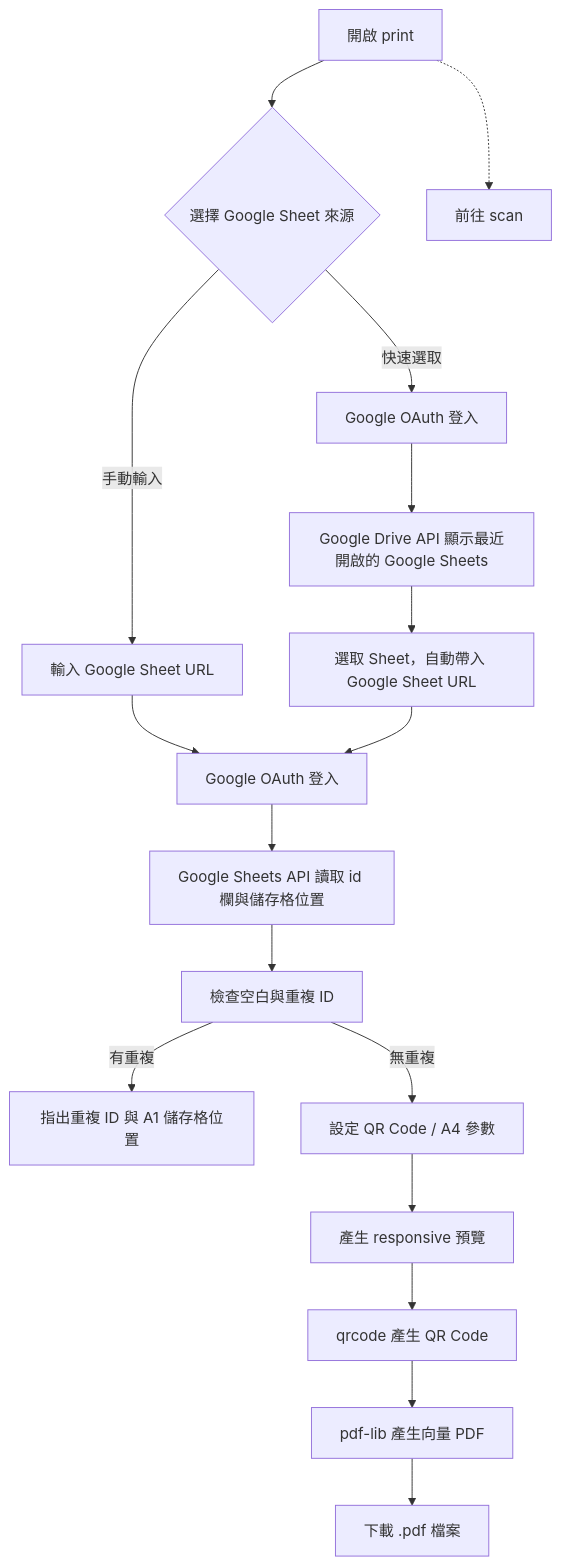
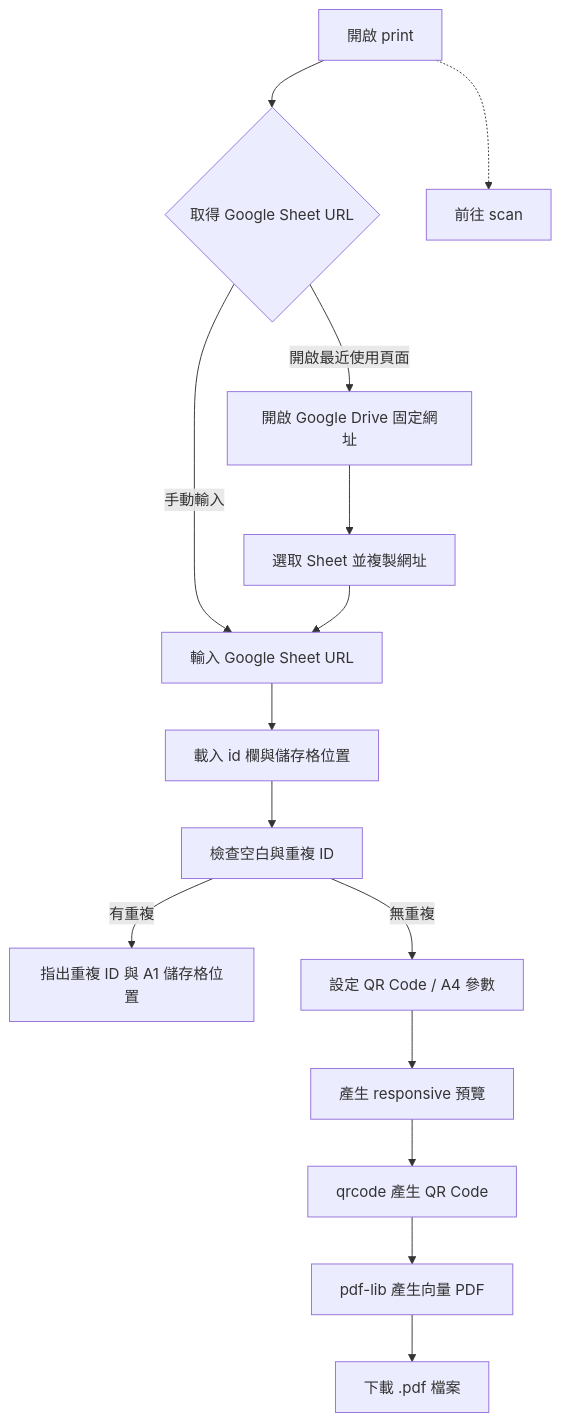
One commit to pulipulichen/Mobile-Inventory-Scanner changed the diagram in print/README.md. Above: the diagram before and after it, drawn with Mermaid. The commit also changed other lines of this file and 9 other files, not shown here.

````diff
--- a/print/README.md
+++ b/print/README.md
@@ -56,19 +53,17 @@
 ```mermaid
 flowchart TB
-    A["開啟 print"] --> B{"選擇 Google Sheet 來源"}
+    A["開啟 print"] --> B{"取得 Google Sheet URL"}
     B -->|"手動輸入"| C["輸入 Google Sheet URL"]
-    B -->|"快速選取"| D["Google OAuth 登入"]
-    D --> E["Google Drive API 顯示最近開啟的 Google Sheets"]
-    E --> F["選取 Sheet，自動帶入 Google Sheet URL"]
-    C --> G["Google OAuth 登入"]
-    F --> G
-    G --> H["Google Sheets API 讀取 id 欄與儲存格位置"]
-    H --> I["檢查空白與重複 ID"]
-    I -->|"有重複"| J["指出重複 ID 與 A1 儲存格位置"]
-    I -->|"無重複"| K["設定 QR Code / A4 參數"]
-    K --> L["產生 responsive 預覽"]
-    L --> M["qrcode 產生 QR Code"]
-    M --> N["pdf-lib 產生向量 PDF"]
-    N --> O["下載 .pdf 檔案"]
+    B -->|"開啟最近使用頁面"| D["開啟 Google Drive 固定網址"]
+    D --> E["選取 Sheet 並複製網址"]
+    E --> C
+    C --> F["載入 id 欄與儲存格位置"]
+    F --> G["檢查空白與重複 ID"]
+    G -->|"有重複"| H["指出重複 ID 與 A1 儲存格位置"]
+    G -->|"無重複"| I["設定 QR Code / A4 參數"]
+    I --> J["產生 responsive 預覽"]
+    J --> K["qrcode 產生 QR Code"]
+    K --> L["pdf-lib 產生向量 PDF"]
+    L --> M["下載 .pdf 檔案"]
     A -.-> S["前往 scan"]
 ```
````
